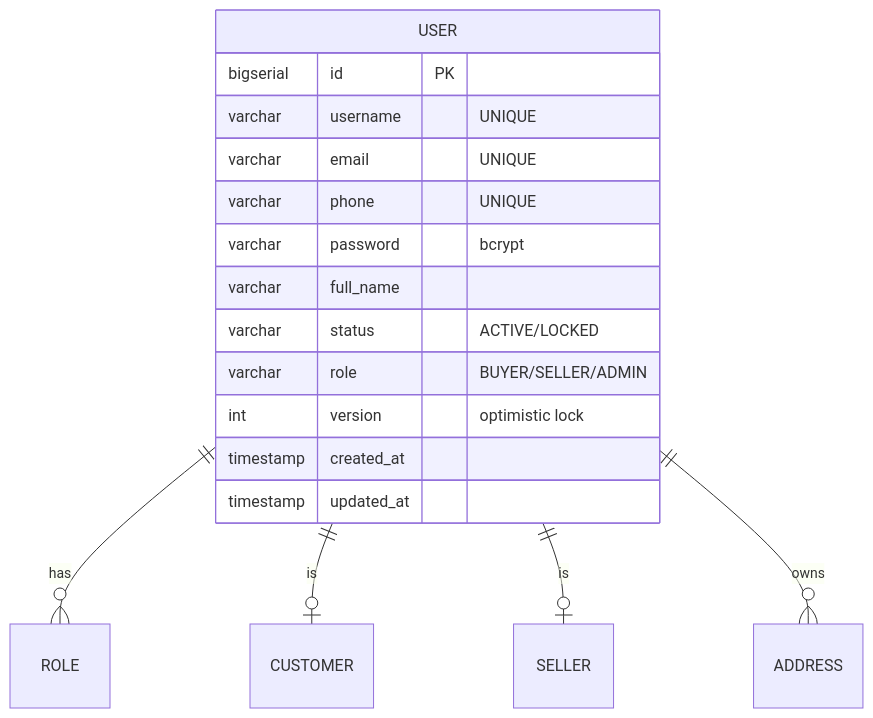
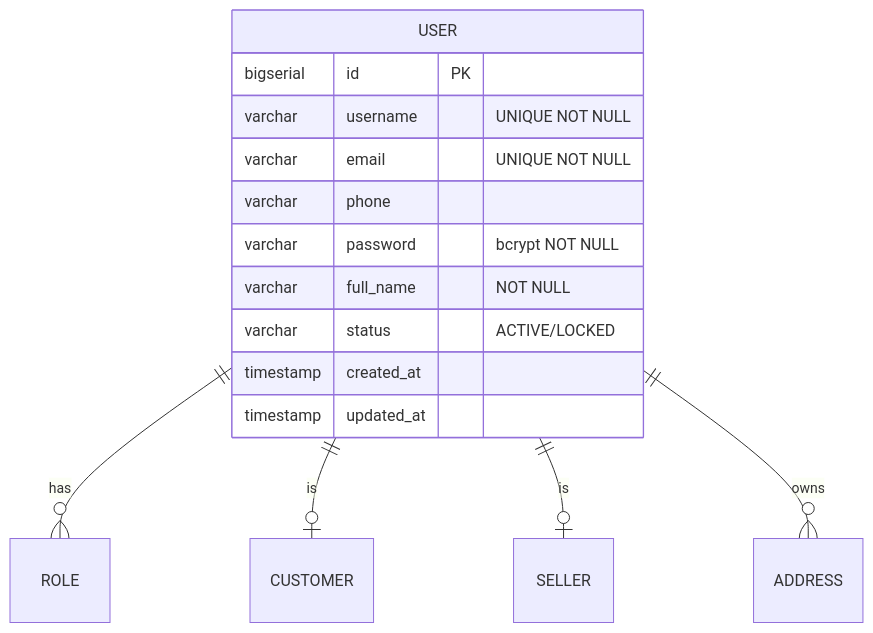
Before and after one commit to ldqanh1408/stealing-from-paradise: the diagram in documents/data-models/identity-service/entity-user.md, drawn with Mermaid. The commit also changed other lines of this file and 97 other files, not shown here.

Commit message:
chore: update documentation for identity and product services, including new API endpoints and architectural details

````diff
--- a/documents/data-models/identity-service/entity-user.md
+++ b/documents/data-models/identity-service/entity-user.md
@@ -6,20 +6,18 @@
 ```mermaid
 erDiagram
     USER ||--o{ ROLE : "has"
     USER ||--o| CUSTOMER : "is"
     USER ||--o| SELLER : "is"
     USER ||--o{ ADDRESS : "owns"
     USER {
         bigserial id PK
-        varchar username "UNIQUE"
-        varchar email "UNIQUE"
-        varchar phone "UNIQUE"
-        varchar password "bcrypt"
-        varchar full_name
+        varchar username "UNIQUE NOT NULL"
+        varchar email "UNIQUE NOT NULL"
+        varchar phone
+        varchar password "bcrypt NOT NULL"
+        varchar full_name "NOT NULL"
         varchar status "ACTIVE/LOCKED"
-        varchar role "BUYER/SELLER/ADMIN"
-        int version "optimistic lock"
         timestamp created_at
         timestamp updated_at
     }
 ```
````
